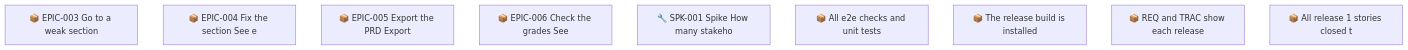
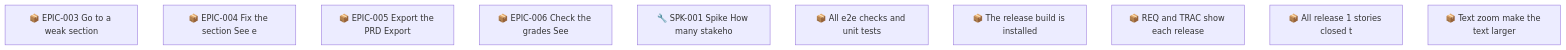
The second of 2 diagrams in docs/roadmap.md (SpillwaveSolutions/prd-forge-viewer), drawn with Mermaid before and after one commit. The commit also changed other lines of this file and 15 other files, not shown here.

````diff
--- a/docs/roadmap.md
+++ b/docs/roadmap.md
@@ -81,12 +88,13 @@
 ```mermaid
 graph TD
     01M61XNJQPA0F7H1BG56ERNJ3P["📦 EPIC-003 Go to a weak section"]
     01M61XNK50616FWM0WZ4FGWGEB["📦 EPIC-004 Fix the section See e"]
     01M61XNK9MPMV0RAEKPX0JC3K4["📦 EPIC-005 Export the PRD Export"]
     01M61XNM7GHPSJ1B96BCHA59ZE["📦 EPIC-006 Check the grades See"]
     01M61XNM9NY7F4D4V7400J56X9["🔧 SPK-001 Spike How many stakeho"]
     01M62C7REGCD2R415FMWFCZMV8["📦 All e2e checks and unit tests"]
     01M62C7REGCD2R415FMWFCZMVA["📦 The release build is installed"]
     01M62C7REHN9N2P8Z19K0EPA0F["📦 REQ and TRAC show each release"]
     01M62C7REHN9N2P8Z19K0EPA0H["📦 All release 1 stories closed t"]
+    01M677QK6YTWSKBMRNXRVHVYVR["📦 Text zoom make the text larger"]
 ```
````
